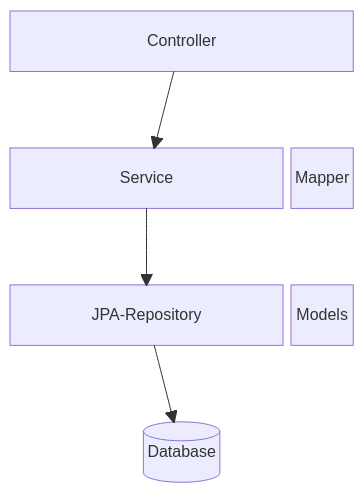
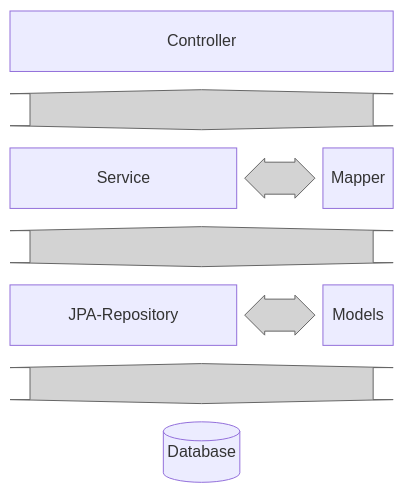
Before and after one commit to Jenga-PMS/Jenga-PMS.github.io: the diagram in docs/architecture/backend/architecture.md, drawn with Mermaid. The commit also changed other lines of this file, not shown here.

Commit message:
Redesign BE arch diagram

````diff
--- a/docs/architecture/backend/architecture.md
+++ b/docs/architecture/backend/architecture.md
@@ -4,16 +6,17 @@
 ``` mermaid
 block-beta
   columns 5
-
   A["Controller"]:5
-  space:5
-  B["Service"]:4 M["Mapper"]:1
-  space:5
-  C["JPA-Repository"]:4 E["Models"]:1
-  space:5
+  Arrow1<["&nbsp;&nbsp;&nbsp;"]>(y):5
+  B["Service"]:3 Arrow4<["&nbsp;&nbsp;&nbsp;&nbsp;&nbsp;"]>(x):1  M["Mapper"]:1
+  Arrow2<["&nbsp;&nbsp;&nbsp;"]>(y):5
+  C["JPA-Repository"]:3  Arrow5<["&nbsp;&nbsp;&nbsp;&nbsp;&nbsp;"]>(x):1 E["Models"]:1
+  Arrow3<["&nbsp;&nbsp;&nbsp;"]>(y):5
   D[("Database")]:5
 
-  A --> B
-  B --> C
-  C --> D
+  style Arrow1 fill:#D3D3D3,stroke:#666666
+  style Arrow2 fill:#D3D3D3,stroke:#666666
+  style Arrow3 fill:#D3D3D3,stroke:#666666
+  style Arrow4 fill:#D3D3D3,stroke:#666666
+  style Arrow5 fill:#D3D3D3,stroke:#666666
 ```
````
